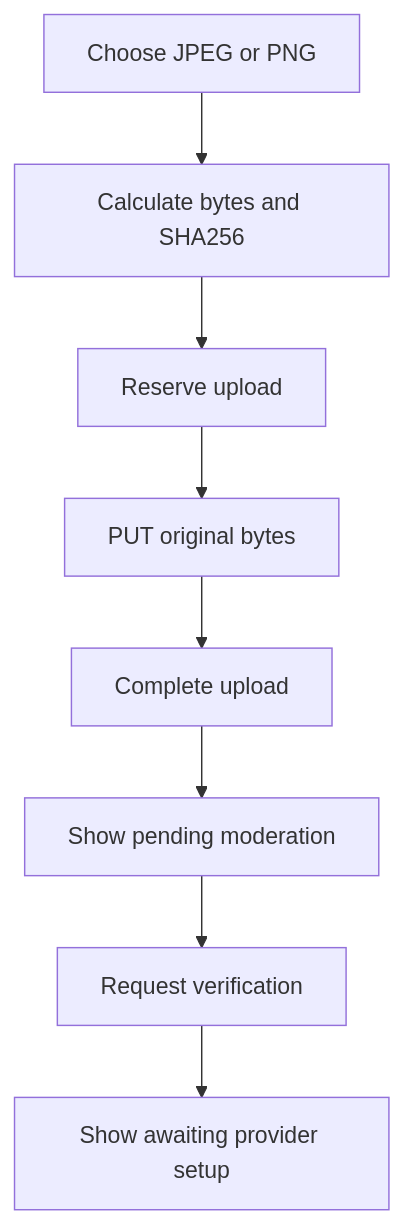
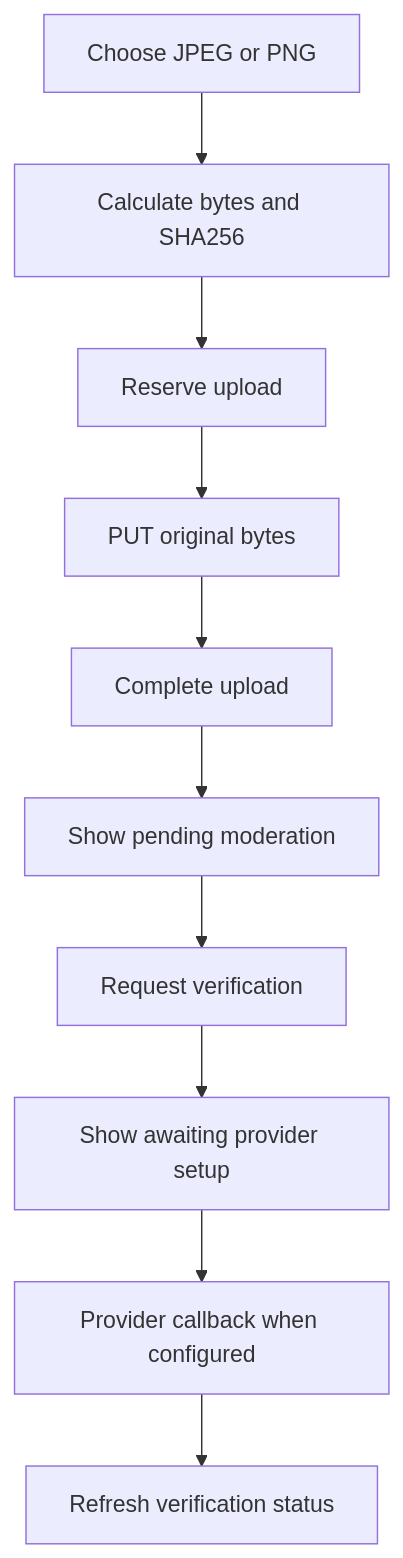
The diagram in docs/handovers/M05.md (thams-geth/dogdating-api), drawn with Mermaid before and after one commit. The commit also changed other lines of this file and 15 other files, not shown here.

Commit message:
feat(verification): add provider callback boundary and fixture tests

````diff
--- a/docs/handovers/M05.md
+++ b/docs/handovers/M05.md
@@ -15,18 +15,22 @@
 ```mermaid
 flowchart TD
   S0["Choose JPEG or PNG"]
   S1["Calculate bytes and SHA256"]
   S2["Reserve upload"]
   S3["PUT original bytes"]
   S4["Complete upload"]
   S5["Show pending moderation"]
   S6["Request verification"]
   S7["Show awaiting provider setup"]
+  S8["Provider callback when configured"]
+  S9["Refresh verification status"]
   S0 --> S1
   S1 --> S2
   S2 --> S3
   S3 --> S4
   S4 --> S5
   S5 --> S6
   S6 --> S7
+  S7 --> S8
+  S8 --> S9
 ```
````
